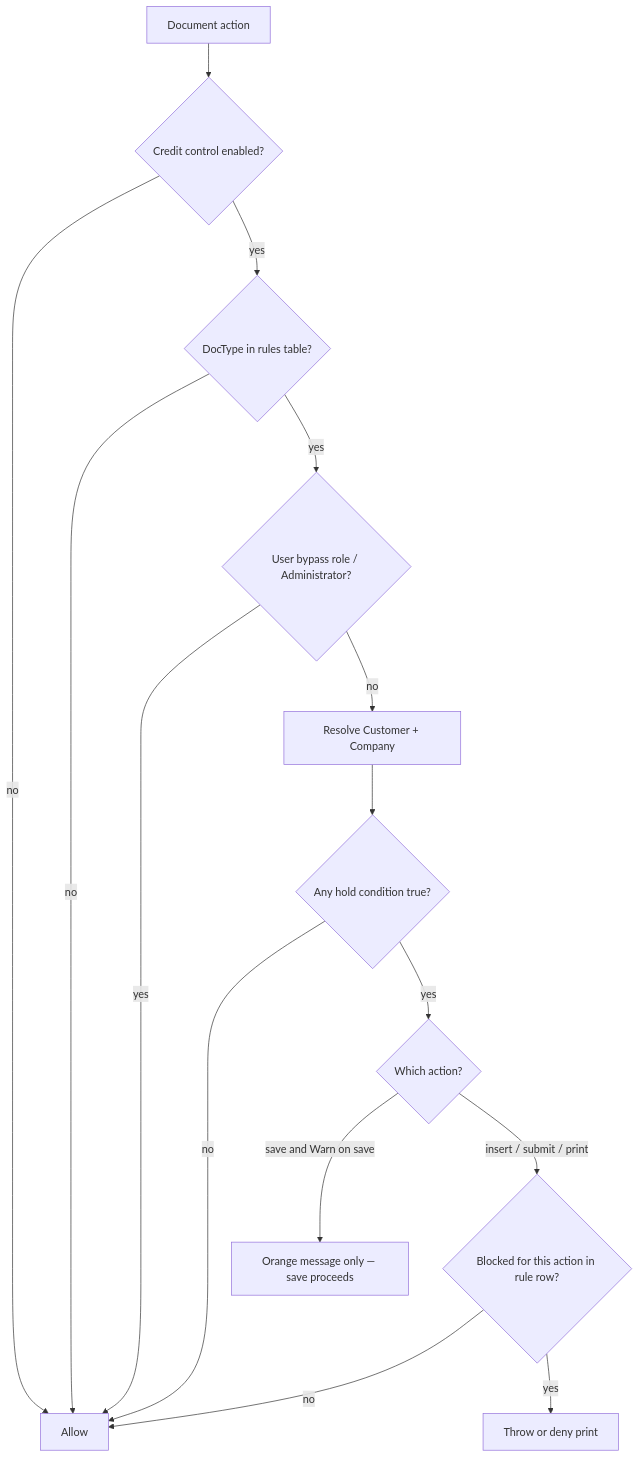
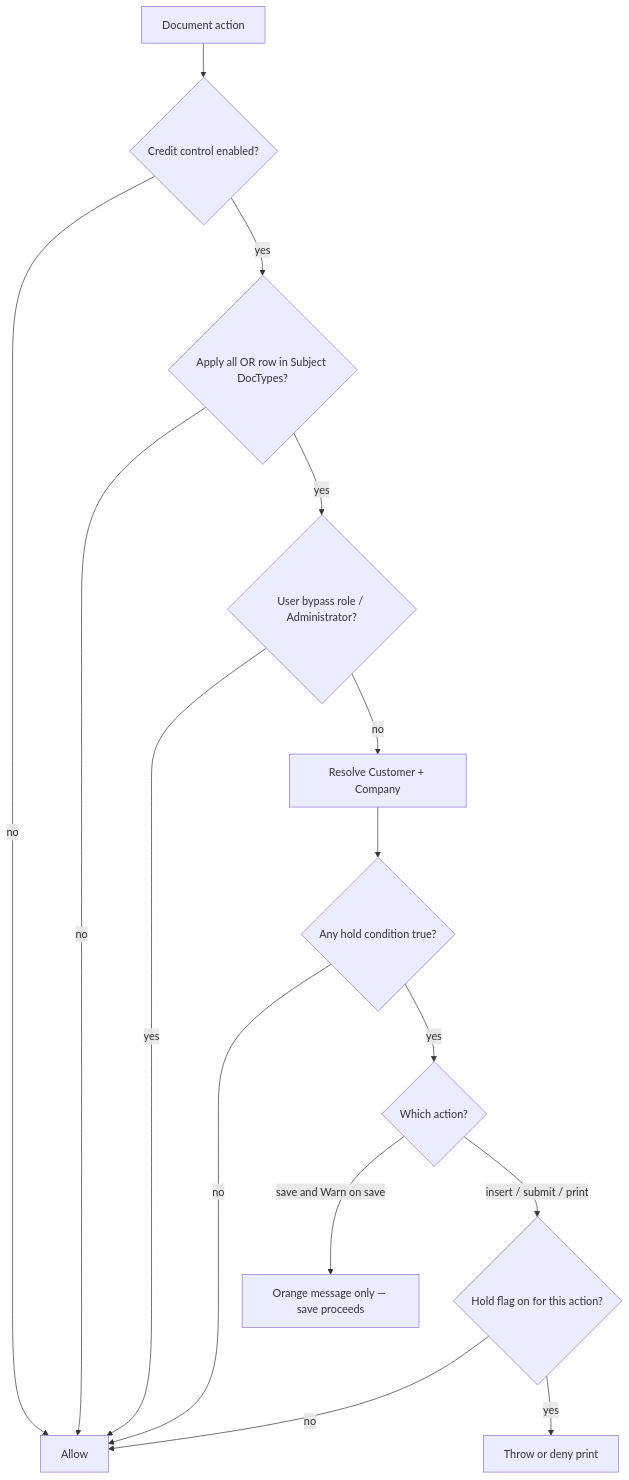
The diagram in logistics/wiki_content/credit_management.md (agilasoft/logistics), drawn with Mermaid before and after one commit. The commit also changed other lines of this file and 7 other files, not shown here.

````diff
--- a/logistics/wiki_content/credit_management.md
+++ b/logistics/wiki_content/credit_management.md
@@ -121,17 +133,17 @@
 ```mermaid
 flowchart TD
   A[Document action] --> B{Credit control enabled?}
   B -->|no| Z[Allow]
-  B -->|yes| C{DocType in rules table?}
+  B -->|yes| C{Apply all OR row in Subject DocTypes?}
   C -->|no| Z
   C -->|yes| D{User bypass role / Administrator?}
   D -->|yes| Z
   D -->|no| E[Resolve Customer + Company]
   E --> F{Any hold condition true?}
   F -->|no| Z
   F -->|yes| G{Which action?}
   G -->|save and Warn on save| W[Orange message only — save proceeds]
-  G -->|insert / submit / print| H{Blocked for this action in rule row?}
+  G -->|insert / submit / print| H{Hold flag on for this action?}
   H -->|no| Z
   H -->|yes| X[Throw or deny print]
 ```
````
